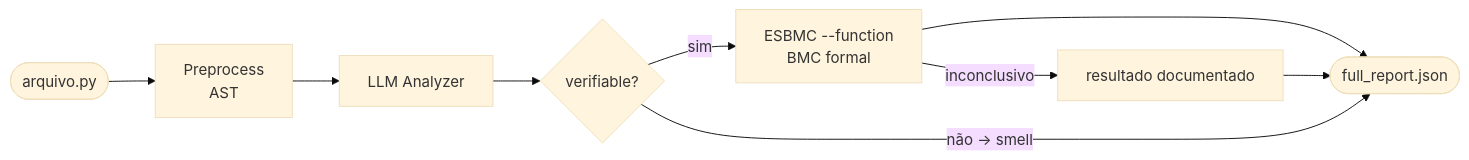
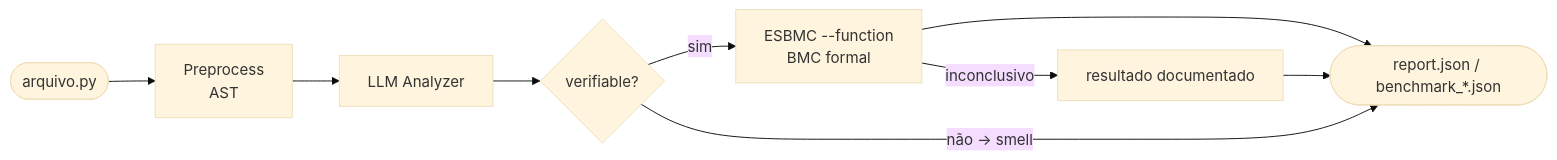
Before and after one commit to feralice/llm-esbmc-pipeline: the diagram in README.md, drawn with Mermaid (base theme). The commit also changed other lines of this file and 17 other files, not shown here.

````diff
--- a/README.md
+++ b/README.md
@@ -12,11 +20,11 @@
 ```mermaid
 flowchart LR
     A([arquivo.py]) --> B[Preprocess\nAST]
     B --> C[LLM Analyzer]
     C --> D{verifiable?}
     D -- sim --> E[ESBMC --function\nBMC formal]
-    E --> H([full_report.json])
+    E --> H([report.json / benchmark_*.json])
     D -- não → smell --> H
     E -- inconclusivo --> J[resultado documentado]
     J --> H
 ```
````
